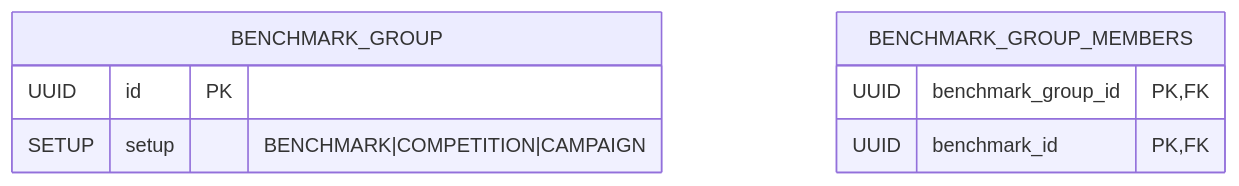
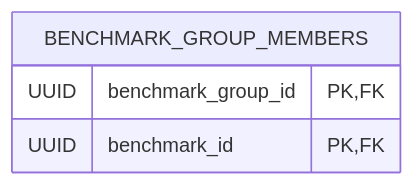
The eighth of 14 diagrams in docs/ARCHITECTURE.md (flatland-association/flatland-benchmarks), drawn with Mermaid before and after one commit. The commit also changed other lines of this file, not shown here.

Commit message:
Cleanup ER diagrams.

````diff
--- a/docs/ARCHITECTURE.md
+++ b/docs/ARCHITECTURE.md
@@ -618,12 +640,8 @@
 ```mermaid
 erDiagram
-  BENCHMARK_GROUP {
-    UUID id PK
-    SETUP setup "BENCHMARK|COMPETITION|CAMPAIGN"
-  }
-
   BENCHMARK_GROUP_MEMBERS {
     UUID benchmark_group_id PK, FK
     UUID benchmark_id PK, FK
   }
+
 ```
````
